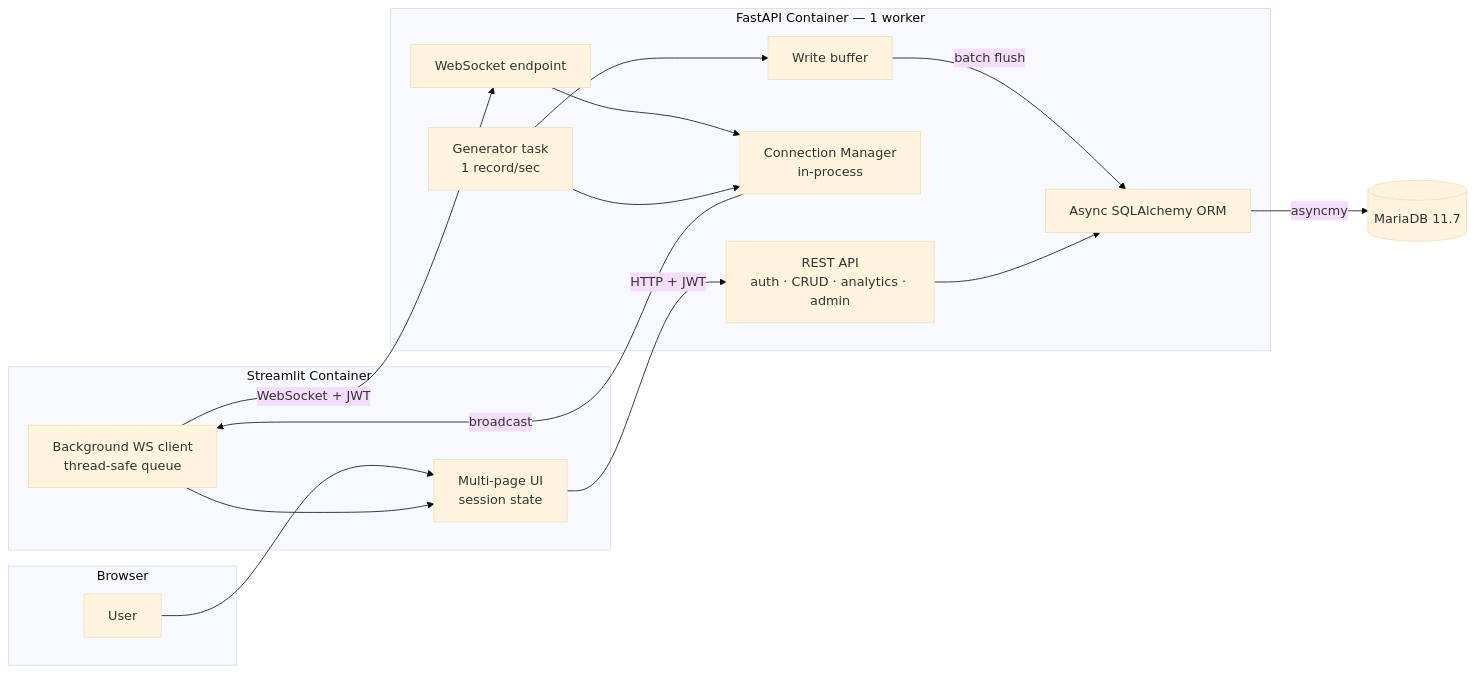
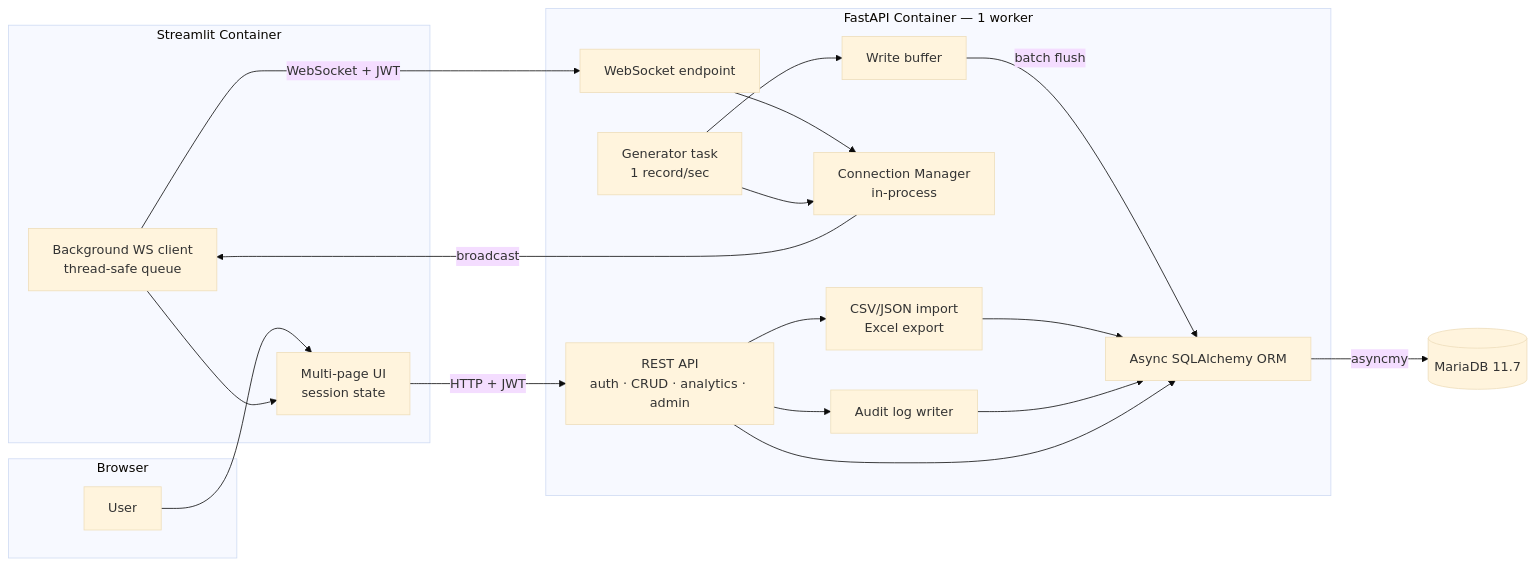
The diagram in docs/ARCHITECTURE.md (OwlRobert/realtime-monitoring-system), drawn with Mermaid (base theme) before and after one commit. The commit also changed 8 other files, not shown here.

````diff
--- a/docs/ARCHITECTURE.md
+++ b/docs/ARCHITECTURE.md
@@ -17,34 +17,40 @@
 ```mermaid
 flowchart LR
     subgraph Browser
         U[User]
     end
 
     subgraph frontend["Streamlit Container"]
         UI[Multi-page UI<br/>session state]
         WSC[Background WS client<br/>thread-safe queue]
     end
 
     subgraph backend["FastAPI Container — 1 worker"]
         REST[REST API<br/>auth · CRUD · analytics · admin]
+        IO[CSV/JSON import<br/>Excel export]
         WS[WebSocket endpoint]
         GEN[Generator task<br/>1 record/sec]
         CM[Connection Manager<br/>in-process]
         BUF[Write buffer]
+        AUD[Audit log writer]
         ORM[Async SQLAlchemy ORM]
     end
 
     DB[(MariaDB 11.7)]
 
     U --> UI
     UI -->|HTTP + JWT| REST
     WSC -->|WebSocket + JWT| WS
     WSC --> UI
     WS --> CM
     GEN --> CM
     GEN --> BUF
     CM -->|broadcast| WSC
     BUF -->|batch flush| ORM
+    REST --> IO
+    IO --> ORM
+    REST --> AUD
+    AUD --> ORM
     REST --> ORM
     ORM -->|asyncmy| DB
 ```
````
